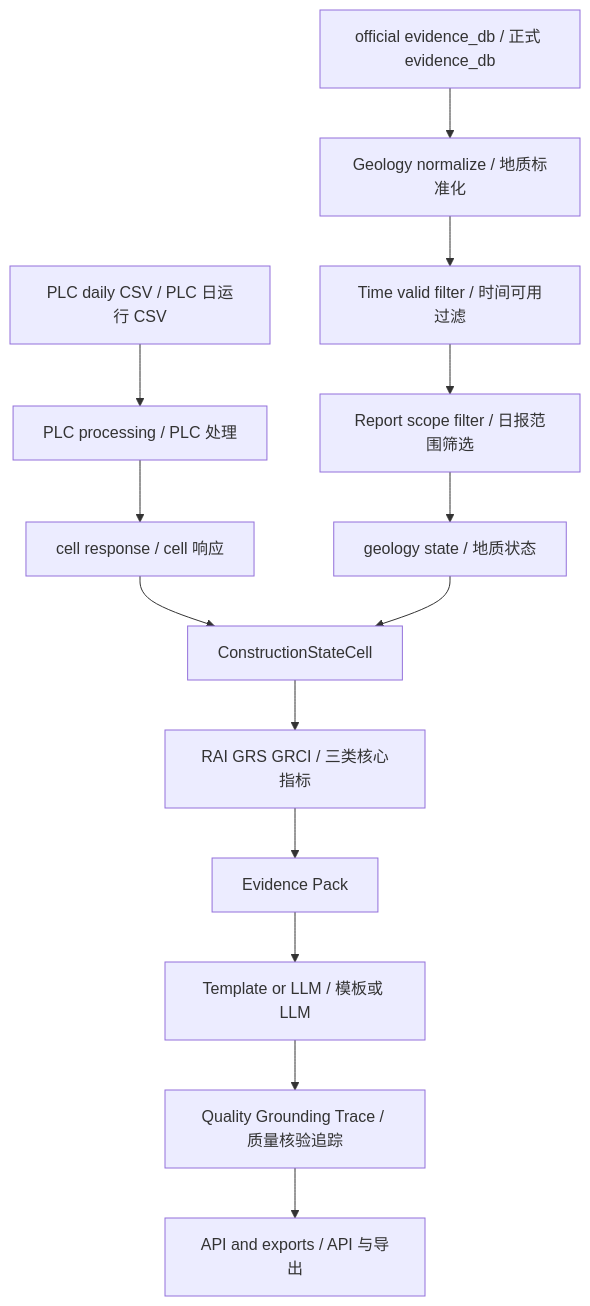
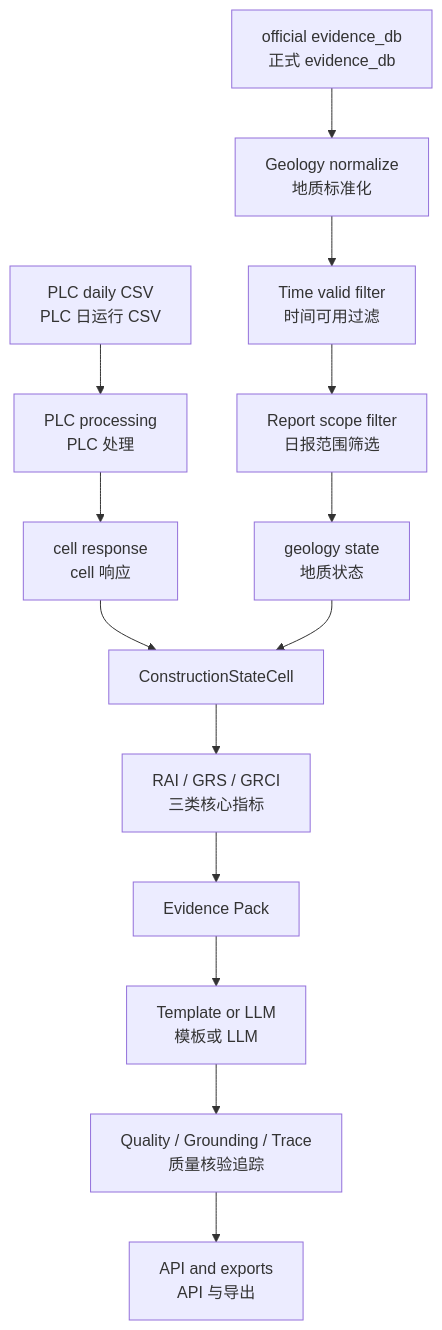
The first of 4 diagrams in backend/docs/README.md (xiaodazhao/tbm-report), drawn with Mermaid before and after one commit. The commit also changed other lines of this file and 1 other file, not shown here.

Commit message:
Fix Mermaid diagrams for GitHub rendering

````diff
--- a/backend/docs/README.md
+++ b/backend/docs/README.md
@@ -81,16 +81,16 @@
 ```mermaid
 flowchart TD
-    A[PLC daily CSV / PLC 日运行 CSV] --> B[PLC processing / PLC 处理]
-    C[official evidence_db / 正式 evidence_db] --> D[Geology normalize / 地质标准化]
-    D --> E[Time valid filter / 时间可用过滤]
-    E --> F[Report scope filter / 日报范围筛选]
-    B --> G[cell response / cell 响应]
-    F --> H[geology state / 地质状态]
-    G --> I[ConstructionStateCell]
-    H --> I
-    I --> J[RAI GRS GRCI / 三类核心指标]
-    J --> K[Evidence Pack]
-    K --> L[Template or LLM / 模板或 LLM]
-    L --> M[Quality Grounding Trace / 质量核验追踪]
-    M --> N[API and exports / API 与导出]
+    plc["PLC daily CSV<br/>PLC 日运行 CSV"] --> plc_proc["PLC processing<br/>PLC 处理"]
+    evdb["official evidence_db<br/>正式 evidence_db"] --> geo_norm["Geology normalize<br/>地质标准化"]
+    geo_norm --> time_filter["Time valid filter<br/>时间可用过滤"]
+    time_filter --> scope_filter["Report scope filter<br/>日报范围筛选"]
+    plc_proc --> cell_resp["cell response<br/>cell 响应"]
+    scope_filter --> geo_state["geology state<br/>地质状态"]
+    cell_resp --> cs_cell["ConstructionStateCell"]
+    geo_state --> cs_cell
+    cs_cell --> core_metrics["RAI / GRS / GRCI<br/>三类核心指标"]
+    core_metrics --> pack["Evidence Pack"]
+    pack --> gen["Template or LLM<br/>模板或 LLM"]
+    gen --> qtrace["Quality / Grounding / Trace<br/>质量核验追踪"]
+    qtrace --> api_export["API and exports<br/>API 与导出"]
 ```
````
